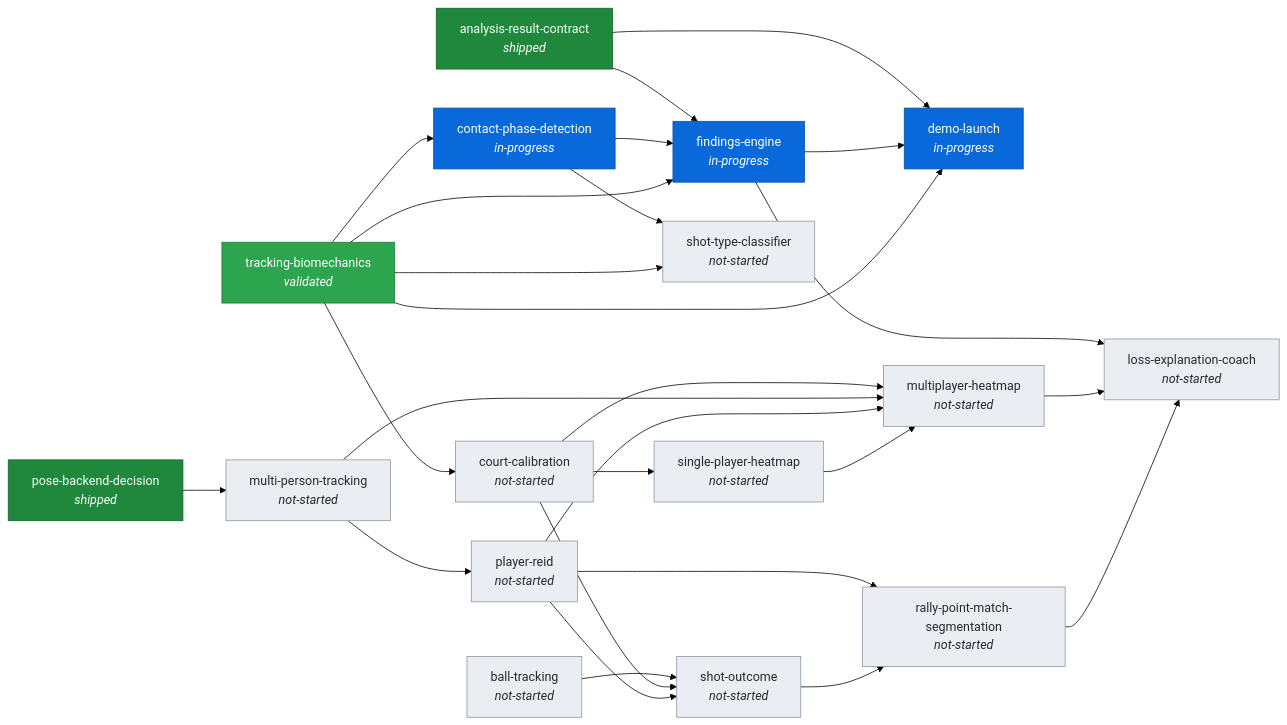
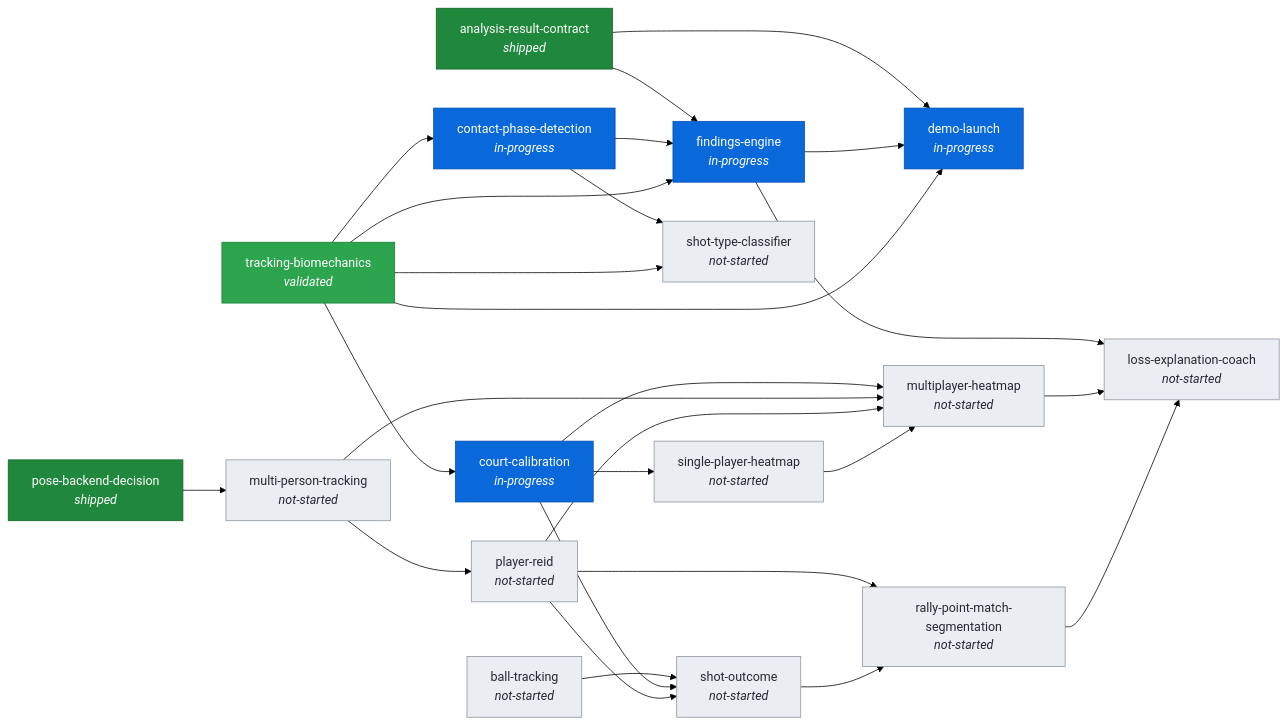
Before and after one commit to imaad0701-coder/SquashAI: the diagram in docs/ROADMAP.md, drawn with Mermaid (forest theme). The commit also changed other lines of this file and 14 other files, not shown here.

First line of the commit message:
Add manual court calibration (floor homography) with validation evidence

````diff
--- a/docs/ROADMAP.md
+++ b/docs/ROADMAP.md
@@ -12,54 +12,54 @@
 ```mermaid
 graph LR
     analysis_result_contract["analysis-result-contract<br/><i>shipped</i>"]
     ball_tracking["ball-tracking<br/><i>not-started</i>"]
     contact_phase_detection["contact-phase-detection<br/><i>in-progress</i>"]
-    court_calibration["court-calibration<br/><i>not-started</i>"]
+    court_calibration["court-calibration<br/><i>in-progress</i>"]
     demo_launch["demo-launch<br/><i>in-progress</i>"]
     findings_engine["findings-engine<br/><i>in-progress</i>"]
     loss_explanation_coach["loss-explanation-coach<br/><i>not-started</i>"]
     multi_person_tracking["multi-person-tracking<br/><i>not-started</i>"]
     multiplayer_heatmap["multiplayer-heatmap<br/><i>not-started</i>"]
     player_reid["player-reid<br/><i>not-started</i>"]
     pose_backend_decision["pose-backend-decision<br/><i>shipped</i>"]
     rally_point_match_segmentation["rally-point-match-segmentation<br/><i>not-started</i>"]
     shot_outcome["shot-outcome<br/><i>not-started</i>"]
     shot_type_classifier["shot-type-classifier<br/><i>not-started</i>"]
     single_player_heatmap["single-player-heatmap<br/><i>not-started</i>"]
     tracking_biomechanics["tracking-biomechanics<br/><i>validated</i>"]
     tracking_biomechanics --> contact_phase_detection
     tracking_biomechanics --> court_calibration
     analysis_result_contract --> demo_launch
     findings_engine --> demo_launch
     tracking_biomechanics --> demo_launch
     analysis_result_contract --> findings_engine
     contact_phase_detection --> findings_engine
     tracking_biomechanics --> findings_engine
     findings_engine --> loss_explanation_coach
     multiplayer_heatmap --> loss_explanation_coach
     rally_point_match_segmentation --> loss_explanation_coach
     pose_backend_decision --> multi_person_tracking
     court_calibration --> multiplayer_heatmap
     multi_person_tracking --> multiplayer_heatmap
     player_reid --> multiplayer_heatmap
     single_player_heatmap --> multiplayer_heatmap
     multi_person_tracking --> player_reid
     player_reid --> rally_point_match_segmentation
     shot_outcome --> rally_point_match_segmentation
     ball_tracking --> shot_outcome
     court_calibration --> shot_outcome
     player_reid --> shot_outcome
     contact_phase_detection --> shot_type_classifier
     tracking_biomechanics --> shot_type_classifier
     court_calibration --> single_player_heatmap
     classDef shipped fill:#1f883d,stroke:#116329,color:#ffffff
     classDef validated fill:#2da44e,stroke:#1a7f37,color:#ffffff
     classDef in_progress fill:#0969da,stroke:#0550ae,color:#ffffff
     classDef research fill:#8250df,stroke:#6639ba,color:#ffffff
     classDef blocked fill:#cf222e,stroke:#a40e26,color:#ffffff
     classDef not_started fill:#eaeef2,stroke:#8c959f,color:#24292f
     class analysis_result_contract,pose_backend_decision shipped
     class tracking_biomechanics validated
-    class contact_phase_detection,demo_launch,findings_engine in_progress
-    class ball_tracking,court_calibration,loss_explanation_coach,multi_person_tracking,multiplayer_heatmap,player_reid,rally_point_match_segmentation,shot_outcome,shot_type_classifier,single_player_heatmap not_started
+    class contact_phase_detection,court_calibration,demo_launch,findings_engine in_progress
+    class ball_tracking,loss_explanation_coach,multi_person_tracking,multiplayer_heatmap,player_reid,rally_point_match_segmentation,shot_outcome,shot_type_classifier,single_player_heatmap not_started
 ```
````
